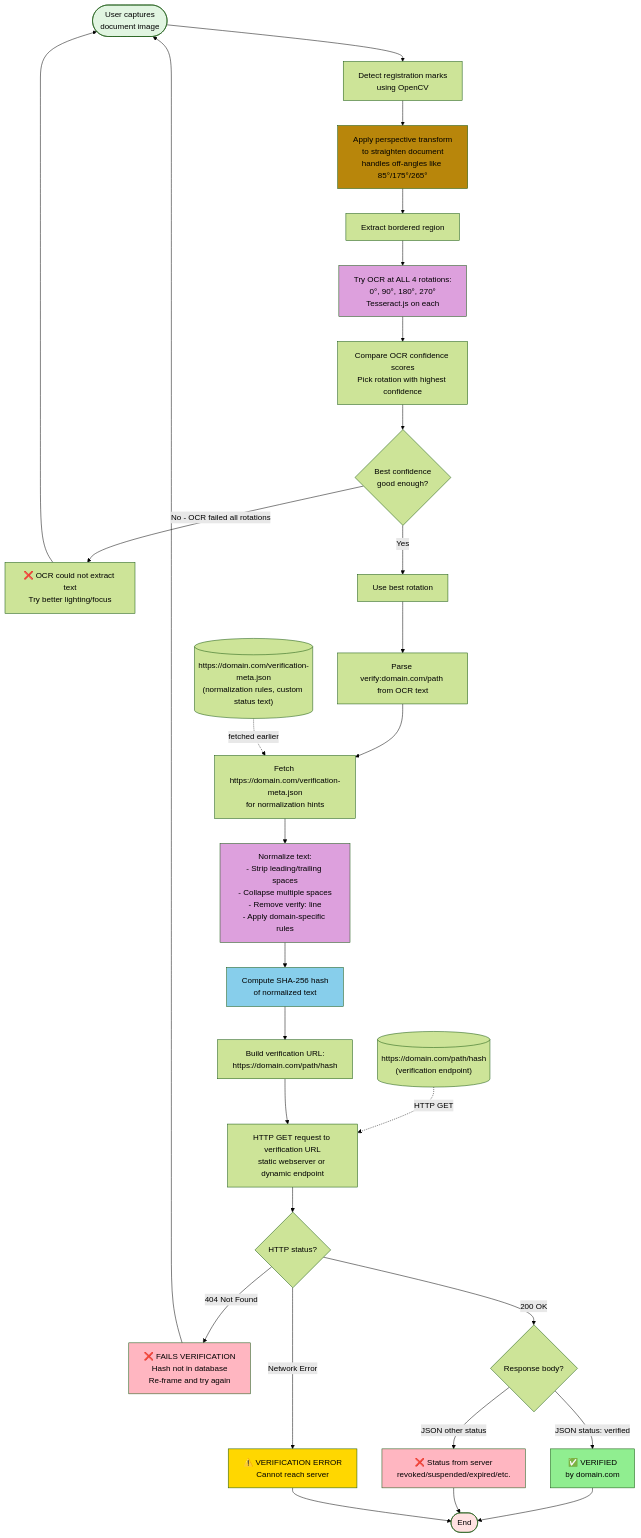
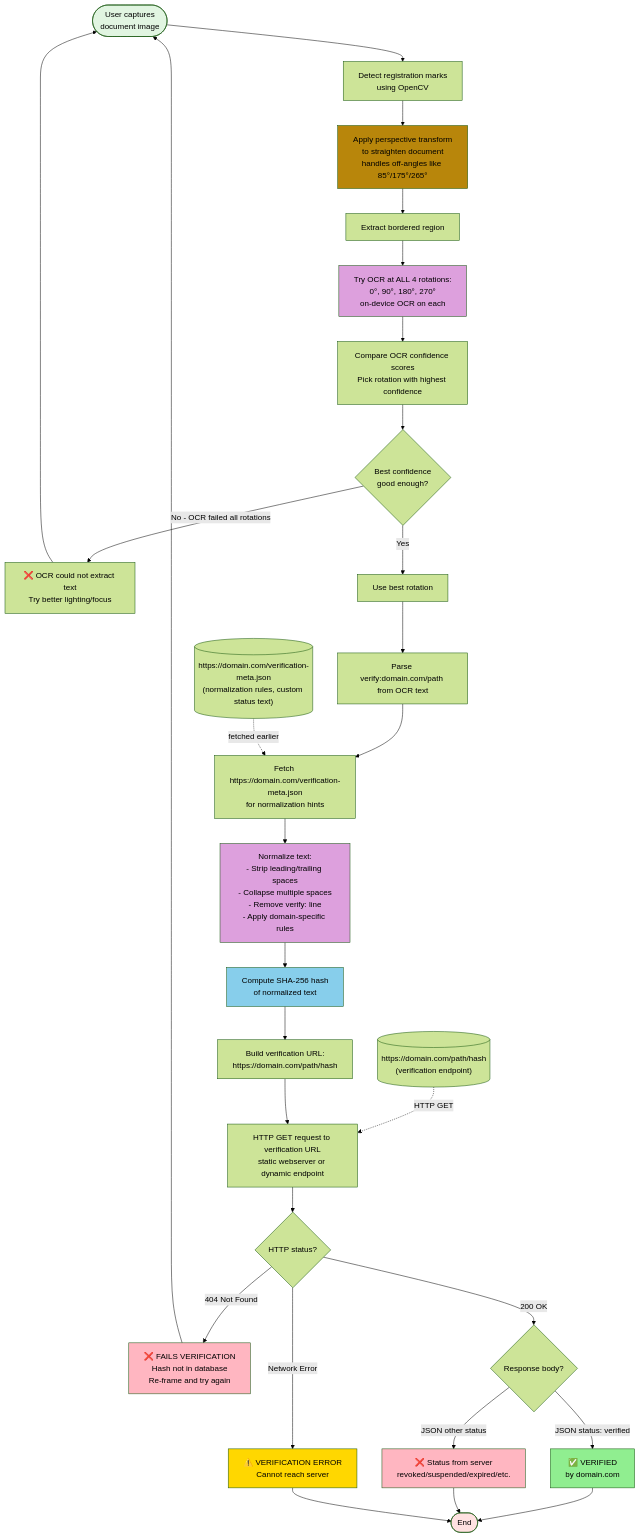
One commit to live-verify/live-verify changed the second of 2 diagrams in README.md. Above: the diagram before and after it, drawn with Mermaid (forest theme). The commit also changed other lines of this file and 41 other files, not shown here.

````diff
--- a/README.md
+++ b/README.md
@@ -292,43 +284,43 @@
 ```mermaid
 flowchart TD
     Start([User captures<br/>document image]) --> Detect[Detect registration marks<br/>using OpenCV]
     Detect --> Transform[Apply perspective transform<br/>to straighten document<br/>handles off-angles like 85°/175°/265°]
     Transform --> Extract[Extract bordered region]
-    Extract --> TryAllRotations[Try OCR at ALL 4 rotations:<br/>0°, 90°, 180°, 270°<br/>Tesseract.js on each]
+    Extract --> TryAllRotations[Try OCR at ALL 4 rotations:<br/>0°, 90°, 180°, 270°<br/>on-device OCR on each]
     TryAllRotations --> CompareConfidence[Compare OCR confidence scores<br/>Pick rotation with highest confidence]
     CompareConfidence --> CheckConfidence{Best confidence<br/>good enough?}
     CheckConfidence -->|No - OCR failed all rotations| ShowOCRError[❌ OCR could not extract text<br/>Try better lighting/focus]
     ShowOCRError --> Start
     CheckConfidence -->|Yes| UseRotation[Use best rotation]
     UseRotation --> ParseVerify[Parse verify:domain.com/path from OCR text]
     ParseVerify --> FetchMeta[Fetch https://domain.com/verification-meta.json<br/>for normalization hints]
     FetchMeta --> Normalize[Normalize text:<br/>- Strip leading/trailing spaces<br/>- Collapse multiple spaces<br/>- Remove verify: line<br/>- Apply domain-specific rules]
     Normalize --> Hash[Compute SHA-256 hash<br/>of normalized text]
     Hash --> BuildURL[Build verification URL:<br/>https://domain.com/path/hash]
 
     MetaURL[("https://domain.com/verification-meta.json<br/>(normalization rules, custom status text)")] -.->|fetched earlier| FetchMeta
     VerifyURL[("https://domain.com/path/hash<br/>(verification endpoint)")] -.->|HTTP GET| Verify
 
     BuildURL --> Verify[HTTP GET request to verification URL<br/>static webserver or dynamic endpoint]
     Verify --> CheckHTTP{HTTP status?}
     CheckHTTP -->|404 Not Found| ShowNotFound[❌ FAILS VERIFICATION<br/>Hash not in database<br/>Re-frame and try again]
     ShowNotFound --> Start
     CheckHTTP -->|Network Error| ShowError[⚠️ VERIFICATION ERROR<br/>Cannot reach server]
     CheckHTTP -->|200 OK| CheckBody{Response body?}
     CheckBody -->|JSON status: verified| ShowVerified[✅ VERIFIED<br/>by domain.com]
     CheckBody -->|JSON other status| ShowNotOK[❌ Status from server<br/>revoked/suspended/expired/etc.]
     ShowVerified --> End([End])
     ShowNotOK --> End
     ShowError --> End
 
     style Start fill:#e1f5e1
     style End fill:#ffe1e1
     style ShowVerified fill:#90EE90
     style ShowNotFound fill:#FFB6C1
     style ShowNotOK fill:#FFB6C1
     style ShowError fill:#FFD700
     style Hash fill:#87CEEB
     style Normalize fill:#DDA0DD
     style Transform fill:#B8860B
     style TryAllRotations fill:#DDA0DD
 ```
````
